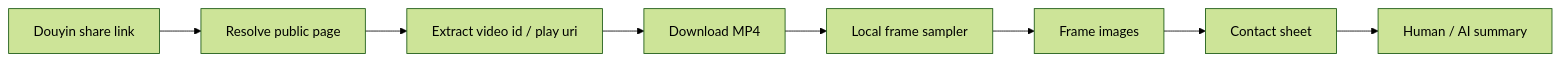
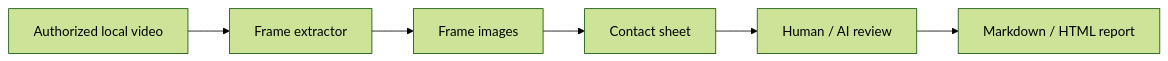
Before and after one commit to yexuan-zhou/douyin-local-video-lab: the diagram in docs/architecture.md, drawn with Mermaid (forest theme). The commit also changed other lines of this file and 25 other files, not shown here.

````diff
--- a/docs/architecture.md
+++ b/docs/architecture.md
@@ -37,10 +46,8 @@
 ```mermaid
 flowchart LR
-  A["Douyin share link"] --> B["Resolve public page"]
-  B --> C["Extract video id / play uri"]
-  C --> D["Download MP4"]
-  D --> E["Local frame sampler"]
-  E --> F["Frame images"]
-  F --> G["Contact sheet"]
-  G --> H["Human / AI summary"]
+  A["Authorized local video"] --> B["Frame extractor"]
+  B --> C["Frame images"]
+  C --> D["Contact sheet"]
+  D --> E["Human / AI review"]
+  E --> F["Markdown / HTML report"]
 ```
````
